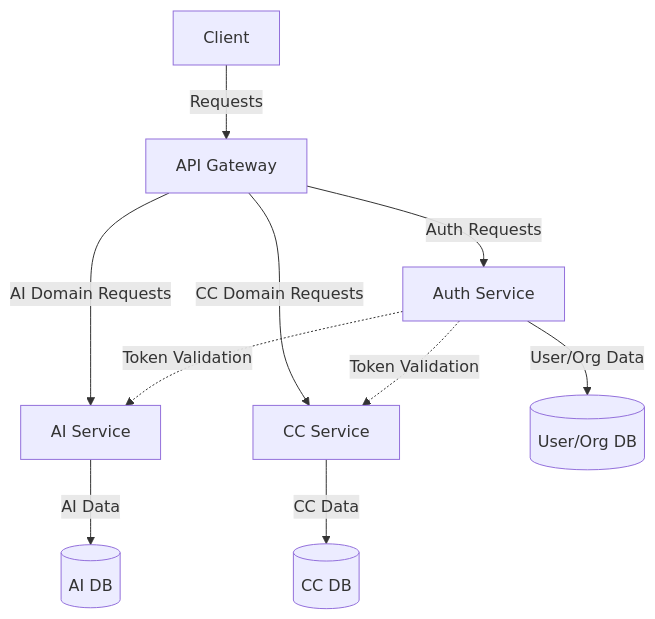
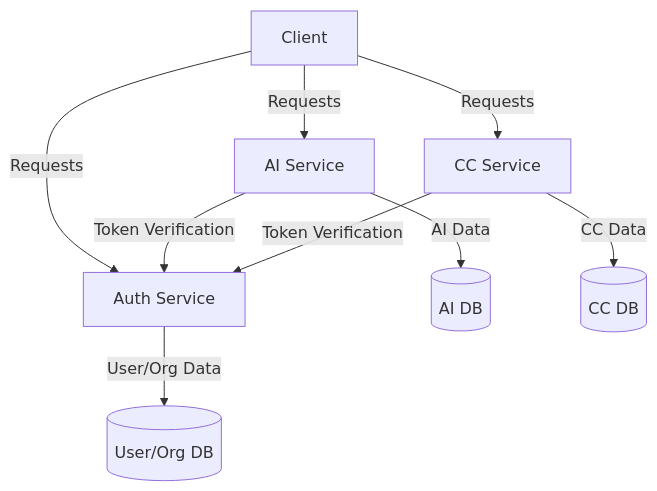
Before and after one commit to radiatus-ai/cloud-canvas: the diagram in api_new/README.md, drawn with Mermaid. The commit also changed other lines of this file and 32 other files, not shown here.

Commit message:
breaking flow diagram into smaller files, continue to wire up to new api

````diff
--- a/api_new/README.md
+++ b/api_new/README.md
@@ -2,12 +1,12 @@
 ```mermaid
 graph TD
-    C[Client] -->|Requests| AG[API Gateway]
-    AG -->|Auth Requests| AS[Auth Service]
-    AG -->|AI Domain Requests| AI[AI Service]
-    AG -->|CC Domain Requests| CC[CC Service]
+    C[Client]
+    C -->|Requests| AS[Auth Service]
+    C -->|Requests| AI[AI Service]
+    C -->|Requests| CC[CC Service]
     AS -->|User/Org Data| DB[(User/Org DB)]
     AI -->|AI Data| AIDB[(AI DB)]
     CC -->|CC Data| CCDB[(CC DB)]
-    AS -.->|Token Validation| AI
-    AS -.->|Token Validation| CC
+    AI -->|Token Verification| AS
+    CC -->|Token Verification| AS
 ```
````
